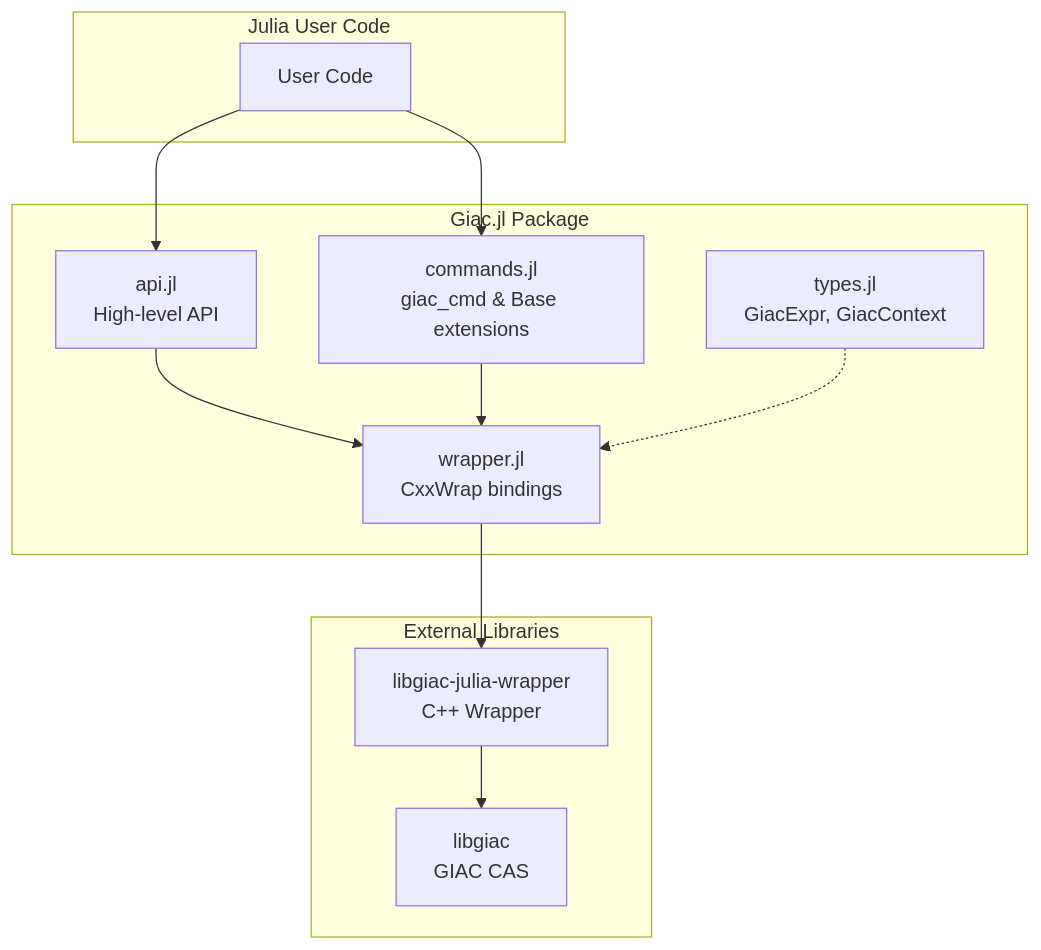
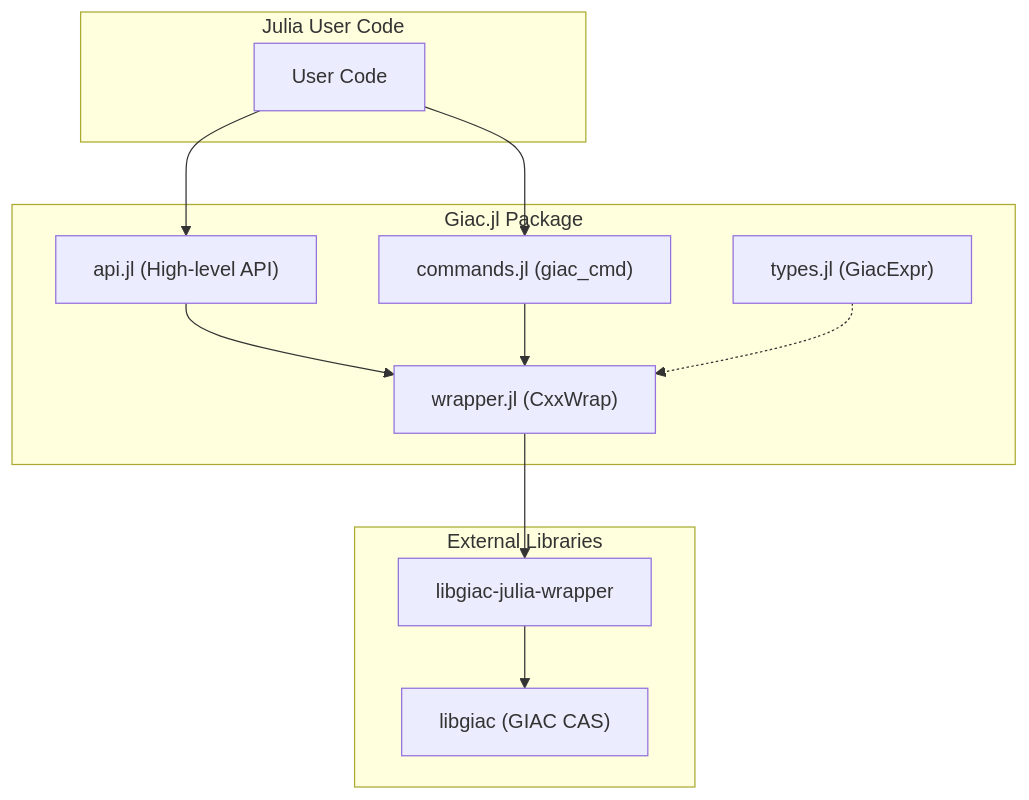
The first of 5 diagrams in docs/src/developer/architecture.md (s-celles/Giac.jl), drawn with Mermaid before and after one commit. The commit also changed other lines of this file and 2 other files, not shown here.

Commit message:
fix: update Mermaid diagrams for v11.x compatibility
Remove <br/> tags from Mermaid diagram node labels which cause
syntax errors in Mermaid 11.x. Use parentheses and shorter labels
instead.

````diff
--- a/docs/src/developer/architecture.md
+++ b/docs/src/developer/architecture.md
@@ -9,26 +9,26 @@
 ```mermaid
 graph TB
-    subgraph "Julia User Code"
+    subgraph Julia_User_Code["Julia User Code"]
         A[User Code]
     end
 
-    subgraph "Giac.jl Package"
-        B[api.jl<br/>High-level API]
-        C[commands.jl<br/>giac_cmd & Base extensions]
-        D[wrapper.jl<br/>CxxWrap bindings]
-        E[types.jl<br/>GiacExpr, GiacContext]
+    subgraph Giac_jl_Package["Giac.jl Package"]
+        B["api.jl (High-level API)"]
+        C["commands.jl (giac_cmd)"]
+        D["wrapper.jl (CxxWrap)"]
+        E["types.jl (GiacExpr)"]
     end
 
-    subgraph "External Libraries"
-        F[libgiac-julia-wrapper<br/>C++ Wrapper]
-        G[libgiac<br/>GIAC CAS]
+    subgraph External_Libraries["External Libraries"]
+        F["libgiac-julia-wrapper"]
+        G["libgiac (GIAC CAS)"]
     end
 
     A --> B
     A --> C
     B --> D
     C --> D
     D --> F
     F --> G
     E -.-> D
 ```
````
